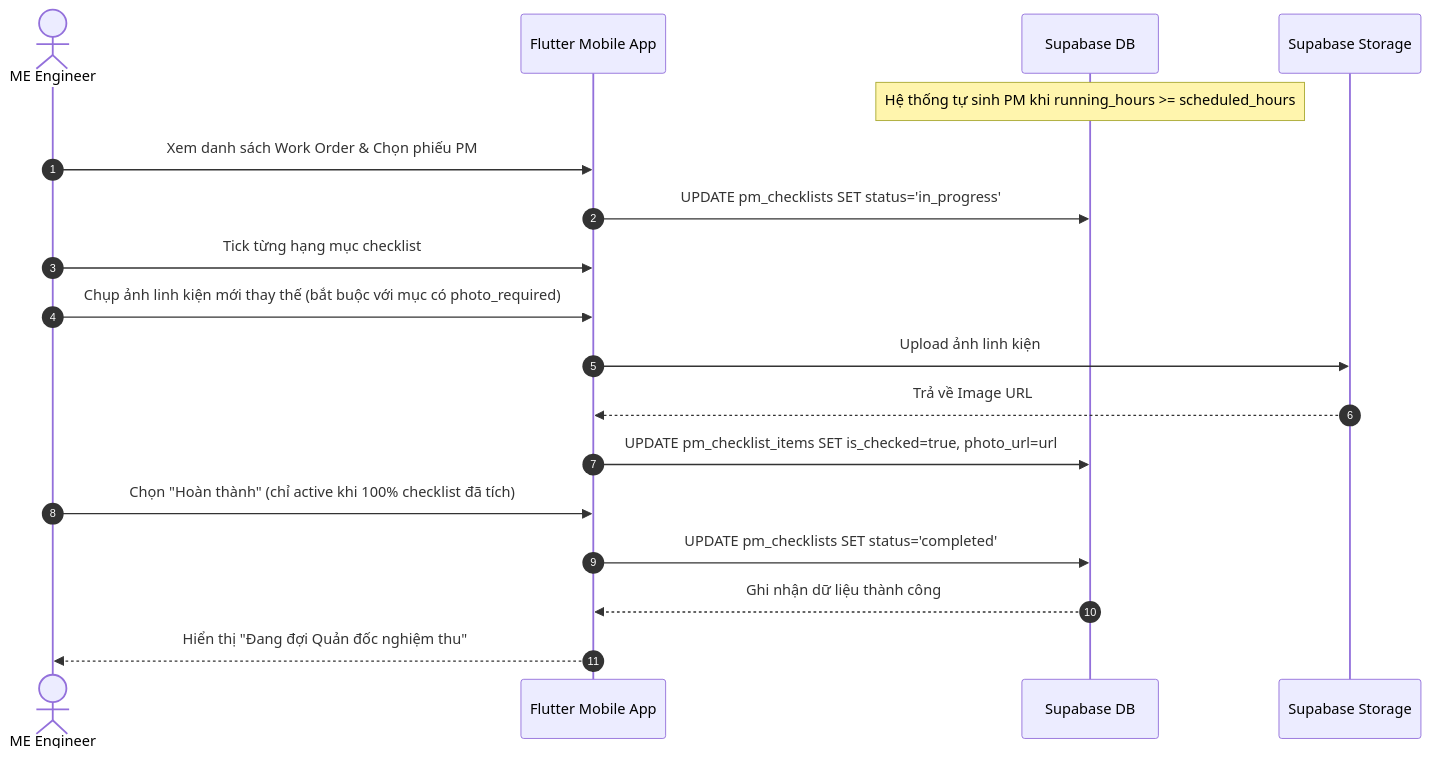
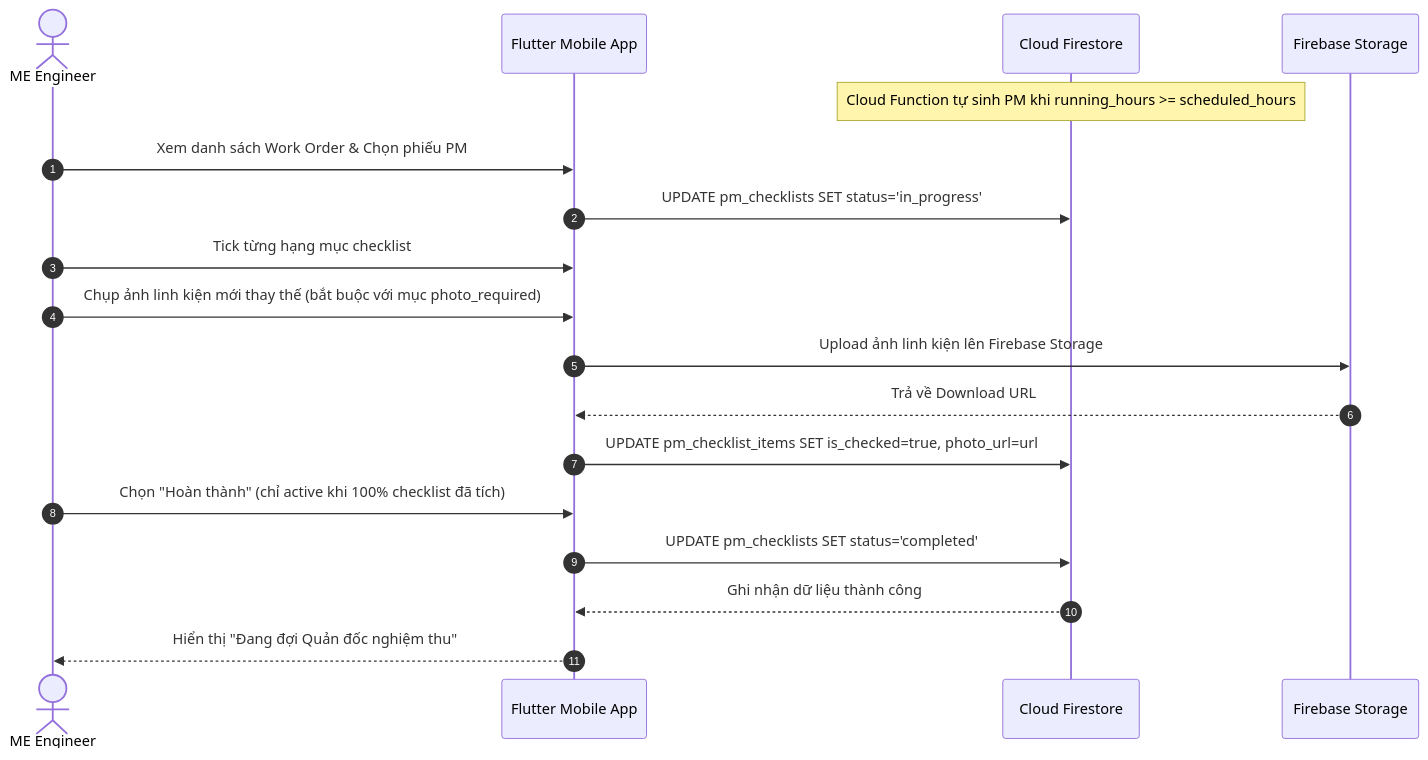
The sixth of 12 diagrams in system_design.md (pvduy23052005/cse441-mobile-asset-track), drawn with Mermaid before and after one commit. The commit also changed other lines of this file and 4 other files, not shown here.

Commit message:
feat: update Firebase SAD architecture, Firestore NoSQL data model, and flexible PM UI

````diff
--- a/system_design.md
+++ b/system_design.md
@@ -197,21 +197,21 @@
 ```mermaid
 sequenceDiagram
     autonumber
     actor ME as ME Engineer
     participant App as Flutter Mobile App
-    participant DB as Supabase DB
-    participant Store as Supabase Storage
+    participant DB as Cloud Firestore
+    participant Store as Firebase Storage
 
-    Note over DB: Hệ thống tự sinh PM khi running_hours >= scheduled_hours
+    Note over DB: Cloud Function tự sinh PM khi running_hours >= scheduled_hours
     ME->>App: Xem danh sách Work Order & Chọn phiếu PM
     App->>DB: UPDATE pm_checklists SET status='in_progress'
     ME->>App: Tick từng hạng mục checklist
-    ME->>App: Chụp ảnh linh kiện mới thay thế (bắt buộc với mục có photo_required)
-    App->>Store: Upload ảnh linh kiện
-    Store-->>App: Trả về Image URL
+    ME->>App: Chụp ảnh linh kiện mới thay thế (bắt buộc với mục photo_required)
+    App->>Store: Upload ảnh linh kiện lên Firebase Storage
+    Store-->>App: Trả về Download URL
     App->>DB: UPDATE pm_checklist_items SET is_checked=true, photo_url=url
     ME->>App: Chọn "Hoàn thành" (chỉ active khi 100% checklist đã tích)
     App->>DB: UPDATE pm_checklists SET status='completed'
     DB-->>App: Ghi nhận dữ liệu thành công
     App-->>ME: Hiển thị "Đang đợi Quản đốc nghiệm thu"
 ```
````
